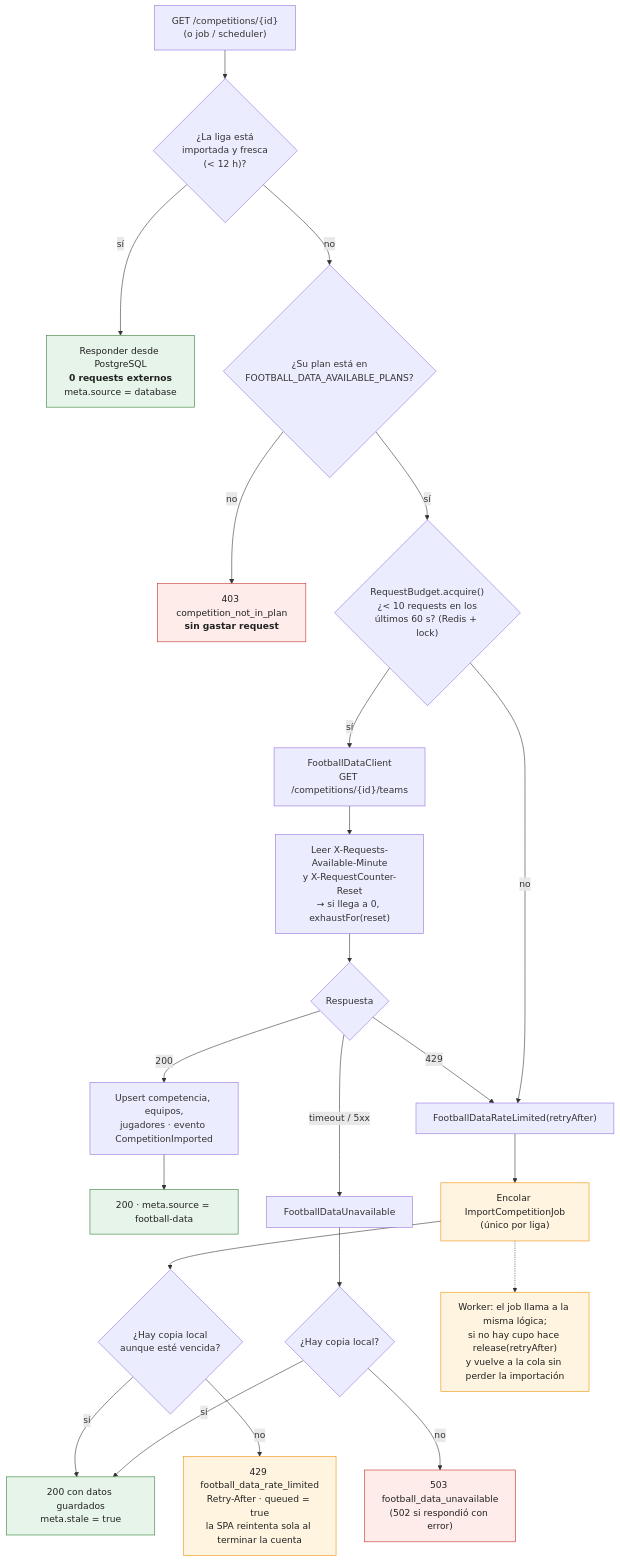
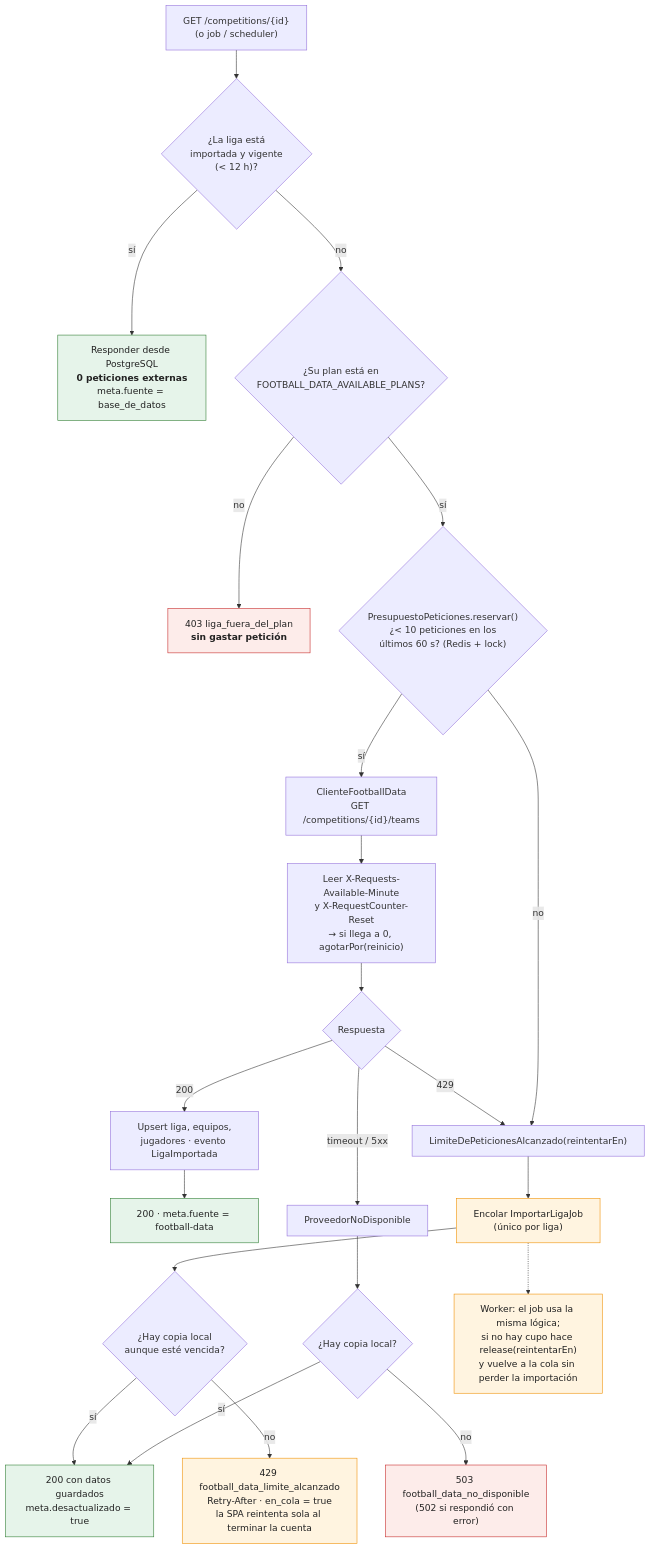
Before and after one commit to omarojeda95/incarail-prueba-tecnica: the diagram in docs/limite-peticiones.mmd, drawn with Mermaid. The commit also changed 15 other files, not shown here.

Commit message:
docs: README y diagramas con nombres en español

```diff
--- a/docs/limite-peticiones.mmd
+++ b/docs/limite-peticiones.mmd
@@ -1,28 +1,28 @@
 flowchart TD
-    req["GET /competitions/{id}<br/>(o job / scheduler)"] --> local{"¿La liga está<br/>importada y fresca<br/>(< 12 h)?"}
-    local -- sí --> db["Responder desde PostgreSQL<br/><b>0 requests externos</b><br/>meta.source = database"]
+    peticion["GET /competitions/{id}<br/>(o job / scheduler)"] --> local{"¿La liga está<br/>importada y vigente<br/>(< 12 h)?"}
+    local -- sí --> db["Responder desde PostgreSQL<br/><b>0 peticiones externas</b><br/>meta.fuente = base_de_datos"]
     local -- no --> plan{"¿Su plan está en<br/>FOOTBALL_DATA_AVAILABLE_PLANS?"}
-    plan -- no --> e403["403 competition_not_in_plan<br/><b>sin gastar request</b>"]
-    plan -- sí --> budget{"RequestBudget.acquire()<br/>¿< 10 requests en los<br/>últimos 60 s? (Redis + lock)"}
-    budget -- sí --> fetch["FootballDataClient<br/>GET /competitions/{id}/teams"]
-    fetch --> headers["Leer X-Requests-Available-Minute<br/>y X-RequestCounter-Reset<br/>→ si llega a 0, exhaustFor(reset)"]
-    headers --> resp{"Respuesta"}
-    resp -- 200 --> save["Upsert competencia, equipos,<br/>jugadores · evento CompetitionImported"] --> r200["200 · meta.source = football-data"]
-    resp -- 429 --> limited
-    resp -- "timeout / 5xx" --> down
-    budget -- no --> limited["FootballDataRateLimited(retryAfter)"]
-    limited --> queue["Encolar ImportCompetitionJob<br/>(único por liga)"]
-    queue --> hasLocal{"¿Hay copia local<br/>aunque esté vencida?"}
-    hasLocal -- sí --> stale["200 con datos guardados<br/>meta.stale = true"]
-    hasLocal -- no --> e429["429 football_data_rate_limited<br/>Retry-After · queued = true<br/>la SPA reintenta sola al terminar la cuenta"]
-    down["FootballDataUnavailable"] --> hasLocal2{"¿Hay copia local?"}
-    hasLocal2 -- sí --> stale
-    hasLocal2 -- no --> e503["503 football_data_unavailable<br/>(502 si respondió con error)"]
-    queue -.-> worker["Worker: el job llama a la misma lógica;<br/>si no hay cupo hace release(retryAfter)<br/>y vuelve a la cola sin perder la importación"]
+    plan -- no --> e403["403 liga_fuera_del_plan<br/><b>sin gastar petición</b>"]
+    plan -- sí --> presupuesto{"PresupuestoPeticiones.reservar()<br/>¿< 10 peticiones en los<br/>últimos 60 s? (Redis + lock)"}
+    presupuesto -- sí --> llamada["ClienteFootballData<br/>GET /competitions/{id}/teams"]
+    llamada --> cabeceras["Leer X-Requests-Available-Minute<br/>y X-RequestCounter-Reset<br/>→ si llega a 0, agotarPor(reinicio)"]
+    cabeceras --> resp{"Respuesta"}
+    resp -- 200 --> guardar["Upsert liga, equipos,<br/>jugadores · evento LigaImportada"] --> r200["200 · meta.fuente = football-data"]
+    resp -- 429 --> limite
+    resp -- "timeout / 5xx" --> caido
+    presupuesto -- no --> limite["LimiteDePeticionesAlcanzado(reintentarEn)"]
+    limite --> cola["Encolar ImportarLigaJob<br/>(único por liga)"]
+    cola --> hayLocal{"¿Hay copia local<br/>aunque esté vencida?"}
+    hayLocal -- sí --> vieja["200 con datos guardados<br/>meta.desactualizado = true"]
+    hayLocal -- no --> e429["429 football_data_limite_alcanzado<br/>Retry-After · en_cola = true<br/>la SPA reintenta sola al terminar la cuenta"]
+    caido["ProveedorNoDisponible"] --> hayLocal2{"¿Hay copia local?"}
+    hayLocal2 -- sí --> vieja
+    hayLocal2 -- no --> e503["503 football_data_no_disponible<br/>(502 si respondió con error)"]
+    cola -.-> worker["Worker: el job usa la misma lógica;<br/>si no hay cupo hace release(reintentarEn)<br/>y vuelve a la cola sin perder la importación"]
 
-    classDef good fill:#e6f4ea,stroke:#2e7d32,color:#222
-    classDef warn fill:#fff4e0,stroke:#ef8f00,color:#222
-    classDef bad fill:#fdecea,stroke:#c62828,color:#222
-    class db,r200,stale good
-    class e429,queue,worker warn
-    class e403,e503 bad
+    classDef bien fill:#e6f4ea,stroke:#2e7d32,color:#222
+    classDef aviso fill:#fff4e0,stroke:#ef8f00,color:#222
+    classDef mal fill:#fdecea,stroke:#c62828,color:#222
+    class db,r200,vieja bien
+    class e429,cola,worker aviso
+    class e403,e503 mal
```
